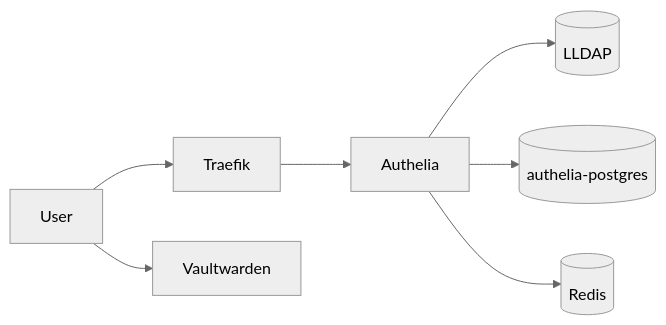
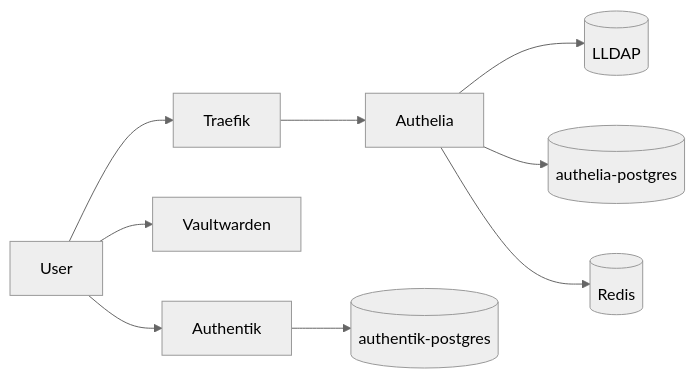
Before and after one commit to yggdrasil-lab/cerberus: the diagram in README.md, drawn with Mermaid (neutral theme). The commit also changed other lines of this file and 4 other files, not shown here.

Commit message:
feat: add Authentik identity provider (Postgres + server + worker)

````diff
--- a/README.md
+++ b/README.md
@@ -5,9 +5,11 @@
 ```mermaid
 flowchart LR
     User --> Traefik
     Traefik --> Authelia
     Authelia --> LLDAP[(LLDAP)]
     Authelia --> Postgres[(authelia-postgres)]
     Authelia --> Redis[(Redis)]
     User --> Vaultwarden
+    User --> Authentik
+    Authentik --> AuthentikPostgres[(authentik-postgres)]
 ```
````
